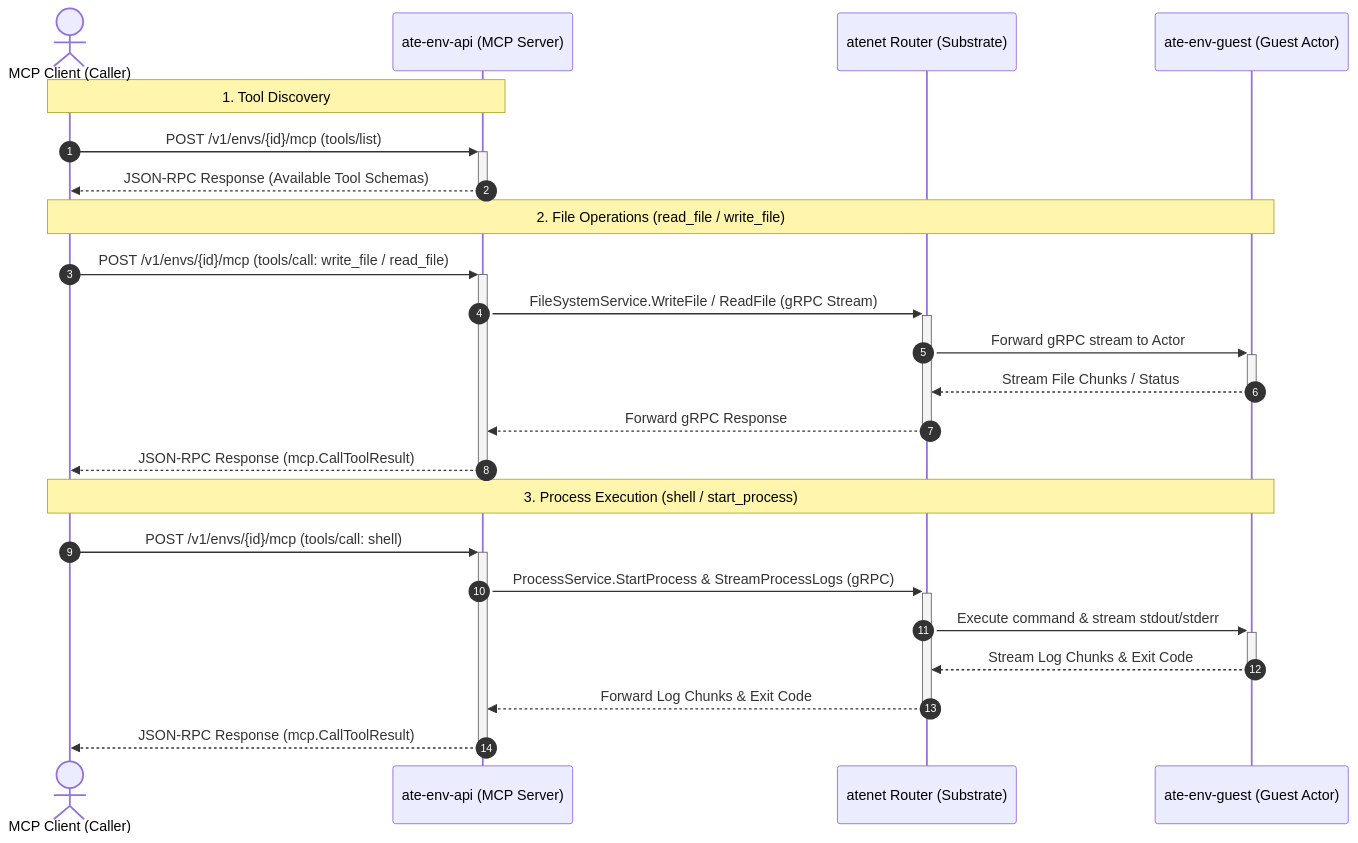
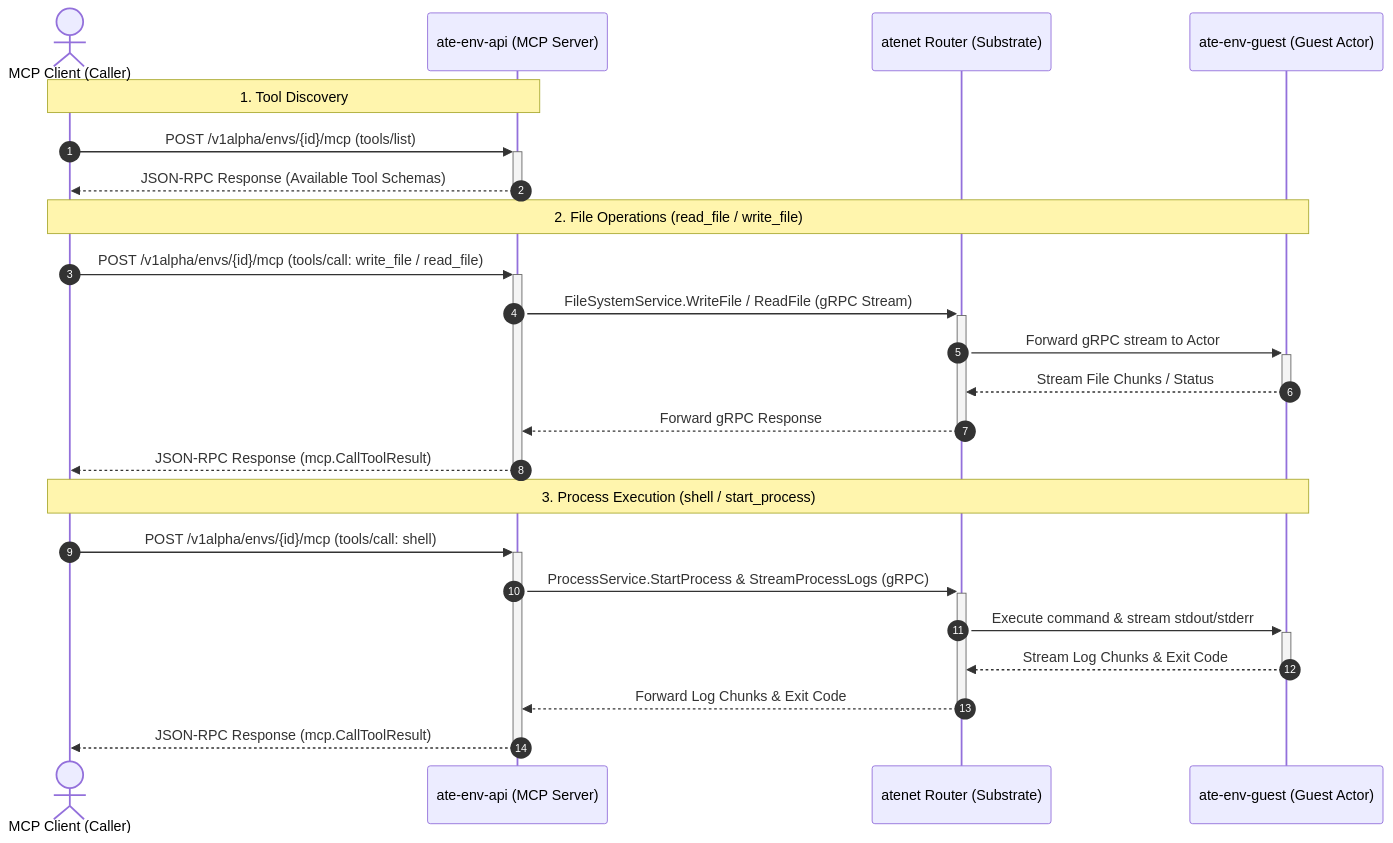
One commit to agent-substrate/env changed the diagram in examples/mcp/README.md. Above: the diagram before and after it, drawn with Mermaid. The commit also changed other lines of this file and 5 other files, not shown here.

First line of the commit message:
Reversion API endpoint to v1alpha (#41)

````diff
--- a/examples/mcp/README.md
+++ b/examples/mcp/README.md
@@ -11,28 +11,28 @@
 ```mermaid
 sequenceDiagram
     autonumber
     actor Client as MCP Client (Caller)
     participant API as ate-env-api (MCP Server)
     participant Router as atenet Router (Substrate)
     participant Guest as ate-env-guest (Guest Actor)
 
     Note over Client,API: 1. Tool Discovery
-    Client->>+API: POST /v1/envs/{id}/mcp (tools/list)
+    Client->>+API: POST /v1alpha/envs/{id}/mcp (tools/list)
     API-->>-Client: JSON-RPC Response (Available Tool Schemas)
 
     Note over Client,Guest: 2. File Operations (read_file / write_file)
-    Client->>+API: POST /v1/envs/{id}/mcp (tools/call: write_file / read_file)
+    Client->>+API: POST /v1alpha/envs/{id}/mcp (tools/call: write_file / read_file)
     API->>+Router: FileSystemService.WriteFile / ReadFile (gRPC Stream)
     Router->>+Guest: Forward gRPC stream to Actor
     Guest-->>-Router: Stream File Chunks / Status
     Router-->>-API: Forward gRPC Response
     API-->>-Client: JSON-RPC Response (mcp.CallToolResult)
 
     Note over Client,Guest: 3. Process Execution (shell / start_process)
-    Client->>+API: POST /v1/envs/{id}/mcp (tools/call: shell)
+    Client->>+API: POST /v1alpha/envs/{id}/mcp (tools/call: shell)
     API->>+Router: ProcessService.StartProcess & StreamProcessLogs (gRPC)
     Router->>+Guest: Execute command & stream stdout/stderr
     Guest-->>-Router: Stream Log Chunks & Exit Code
     Router-->>-API: Forward Log Chunks & Exit Code
     API-->>-Client: JSON-RPC Response (mcp.CallToolResult)
 ```
````
